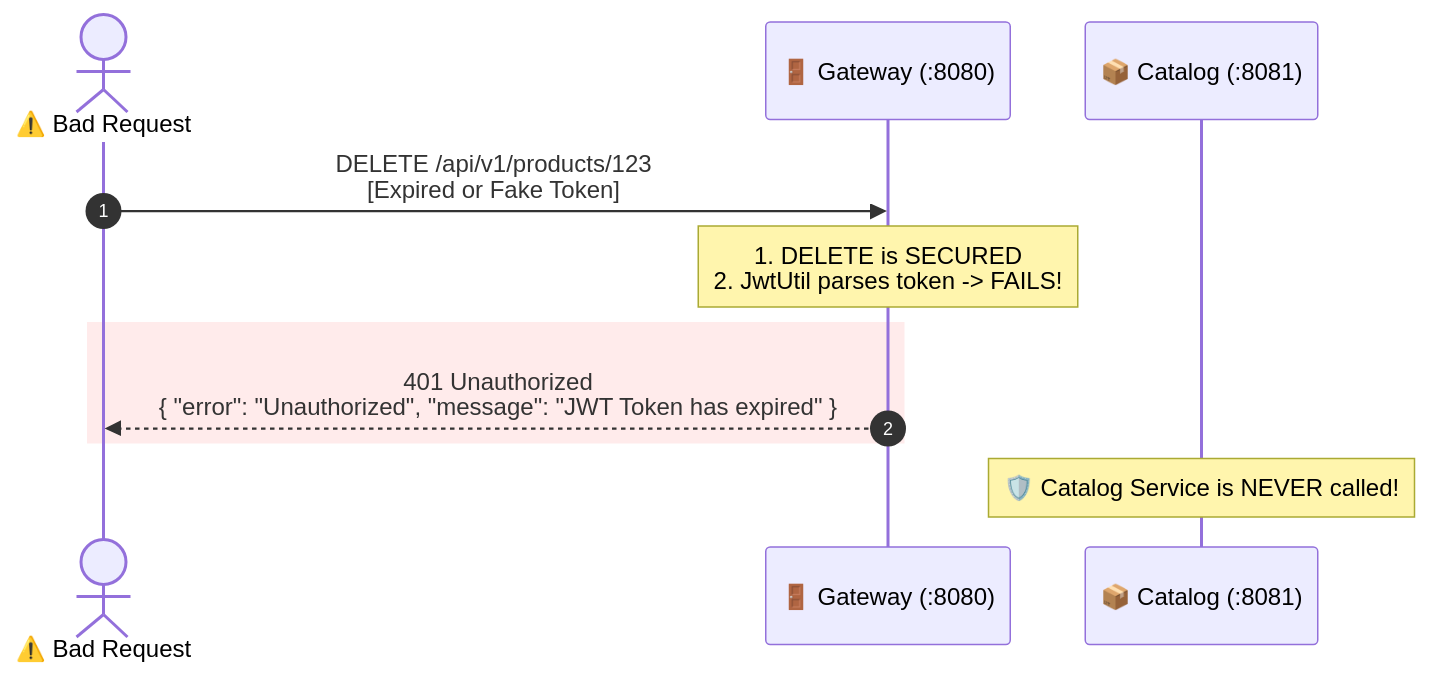
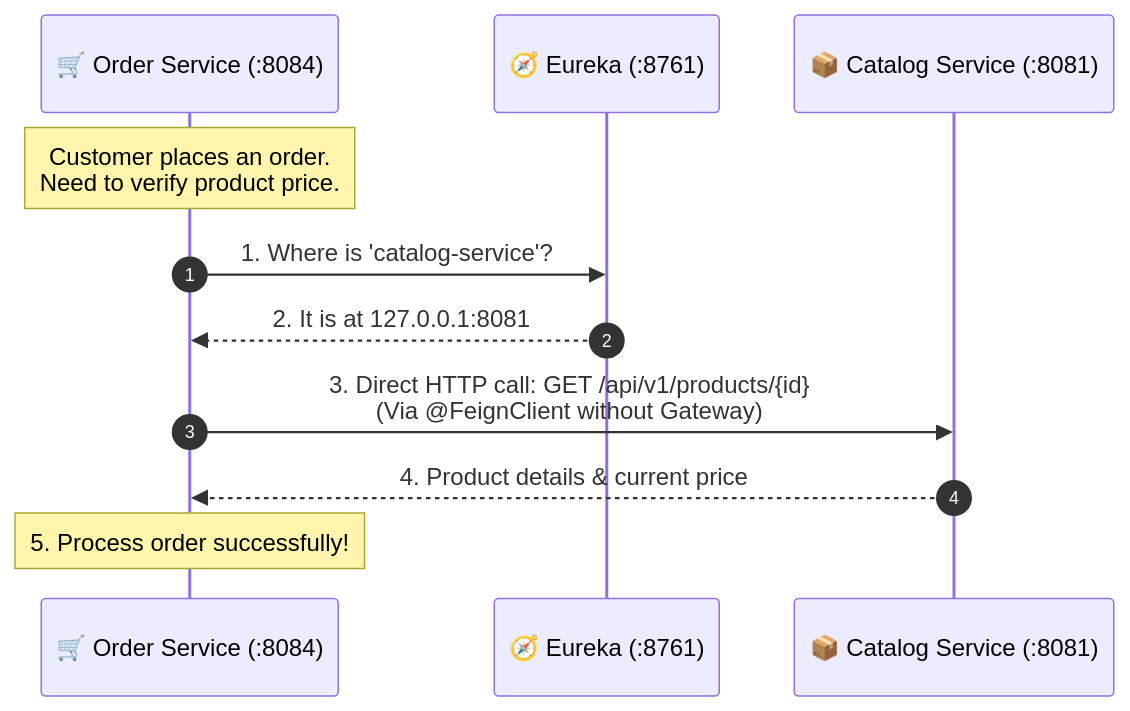
The eighth of 8 diagrams in FLOW.md (aaron18072002/eSupermarket), drawn with Mermaid before and after one commit. The commit also changed other lines of this file and 35 other files, not shown here.

````diff
--- a/FLOW.md
+++ b/FLOW.md
@@ -152,17 +197,14 @@
 ```mermaid
 sequenceDiagram
     autonumber
-    actor Attacker as ⚠️ Bad Request
-    participant GW as 🚪 Gateway (:8080)
-    participant CS as 📦 Catalog (:8081)
+    participant OS as 🛒 Order Service (:8084)
+    participant EUK as 🧭 Eureka (:8761)
+    participant CS as 📦 Catalog Service (:8081)
 
-    Attacker->>GW: DELETE /api/v1/products/123<br/>[Expired or Fake Token]
-    
-    Note over GW: 1. DELETE is SECURED<br/>2. JwtUtil parses token -> FAILS!
-    
-    rect rgb(255, 235, 235)
-    GW-->>Attacker: 401 Unauthorized<br/>{ "error": "Unauthorized", "message": "JWT Token has expired" }
-    end
-
-    Note over CS: 🛡️ Catalog Service is NEVER called!
+    Note over OS: Customer places an order.<br/>Need to verify product price.
+    OS->>EUK: 1. Where is 'catalog-service'?
+    EUK-->>OS: 2. It is at 127.0.0.1:8081
+    OS->>CS: 3. Direct HTTP call: GET /api/v1/products/{id}<br/>(Via @FeignClient without Gateway)
+    CS-->>OS: 4. Product details & current price
+    Note over OS: 5. Process order successfully!
 ```
````
